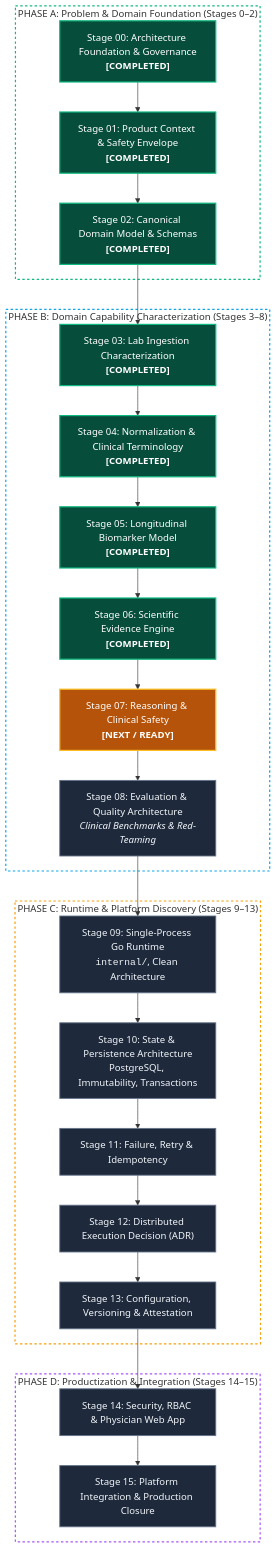
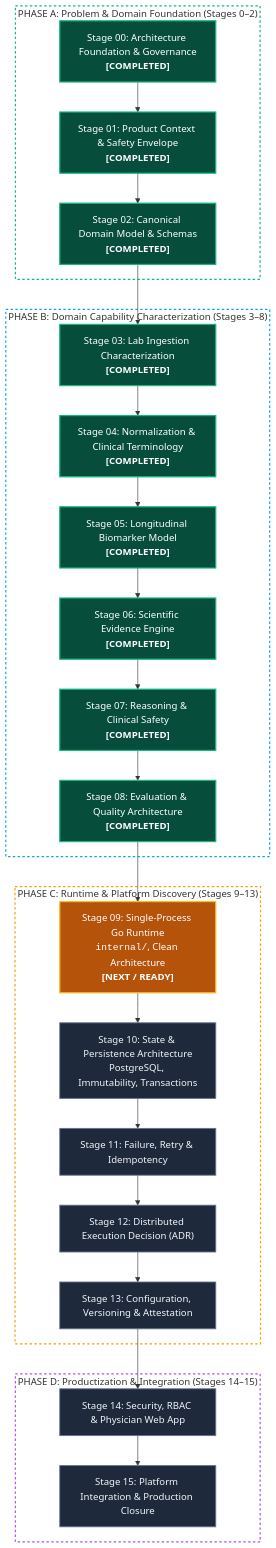
The third of 8 diagrams in README.md (DuyVuux/BiolyzerAgent), drawn with Mermaid before and after one commit. The commit also changed other lines of this file and 37 other files, not shown here.

````diff
--- a/README.md
+++ b/README.md
@@ -114,38 +117,38 @@
 ```mermaid
 flowchart TD
     classDef done fill:#064e3b,stroke:#10b981,stroke-width:2px,color:#ffffff;
     classDef current fill:#b45309,stroke:#fbbf24,stroke-width:2px,color:#ffffff;
     classDef queued fill:#1e293b,stroke:#64748b,stroke-width:1.5px,color:#f1f5f9;
 
     subgraph PhaseA["PHASE A: Problem & Domain Foundation (Stages 0–2)"]
         S0["Stage 00: Architecture Foundation & Governance<br/><b>[COMPLETED]</b>"]:::done --> S1["Stage 01: Product Context & Safety Envelope<br/><b>[COMPLETED]</b>"]:::done
         S1 --> S2["Stage 02: Canonical Domain Model & Schemas<br/><b>[COMPLETED]</b>"]:::done
     end
 
     subgraph PhaseB["PHASE B: Domain Capability Characterization (Stages 3–8)"]
         S2 --> S3["Stage 03: Lab Ingestion Characterization<br/><b>[COMPLETED]</b>"]:::done
         S3 --> S4["Stage 04: Normalization & Clinical Terminology<br/><b>[COMPLETED]</b>"]:::done
         S4 --> S5["Stage 05: Longitudinal Biomarker Model<br/><b>[COMPLETED]</b>"]:::done
         S5 --> S6["Stage 06: Scientific Evidence Engine<br/><b>[COMPLETED]</b>"]:::done
-        S6 --> S7["Stage 07: Reasoning & Clinical Safety<br/><b>[NEXT / READY]</b>"]:::current
-        S7 --> S8["Stage 08: Evaluation & Quality Architecture<br/><i>Clinical Benchmarks & Red-Teaming</i>"]:::queued
+        S6 --> S7["Stage 07: Reasoning & Clinical Safety<br/><b>[COMPLETED]</b>"]:::done
+        S7 --> S8["Stage 08: Evaluation & Quality Architecture<br/><b>[COMPLETED]</b>"]:::done
     end
 
     subgraph PhaseC["PHASE C: Runtime & Platform Discovery (Stages 9–13)"]
-        S8 --> S9["Stage 09: Single-Process Go Runtime<br/><code>internal/</code>, Clean Architecture"]:::queued
+        S8 --> S9["Stage 09: Single-Process Go Runtime<br/><code>internal/</code>, Clean Architecture<br/><b>[NEXT / READY]</b>"]:::current
         S9 --> S10["Stage 10: State & Persistence Architecture<br/>PostgreSQL, Immutability, Transactions"]:::queued
         S10 --> S11["Stage 11: Failure, Retry & Idempotency"]:::queued
         S11 --> S12["Stage 12: Distributed Execution Decision (ADR)"]:::queued
         S12 --> S13["Stage 13: Configuration, Versioning & Attestation"]:::queued
     end
 
     subgraph PhaseD["PHASE D: Productization & Integration (Stages 14–15)"]
         S13 --> S14["Stage 14: Security, RBAC & Physician Web App"]:::queued
         S14 --> S15["Stage 15: Platform Integration & Production Closure"]:::queued
     end
 
     style PhaseA fill:none,stroke:#10b981,stroke-width:2px,stroke-dasharray: 4 4;
     style PhaseB fill:none,stroke:#0ea5e9,stroke-width:2px,stroke-dasharray: 4 4;
     style PhaseC fill:none,stroke:#f59e0b,stroke-width:2px,stroke-dasharray: 4 4;
     style PhaseD fill:none,stroke:#a855f7,stroke-width:2px,stroke-dasharray: 4 4;
 ```
````
